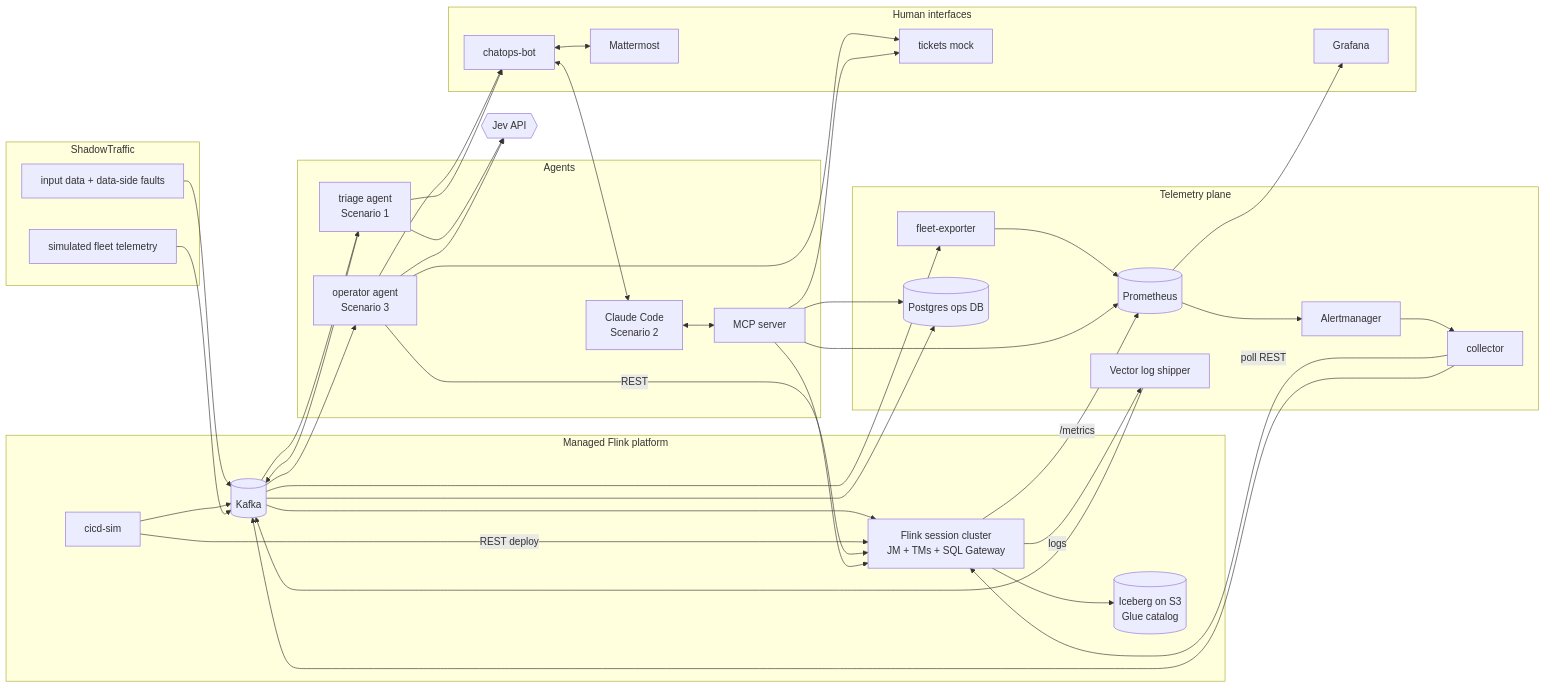
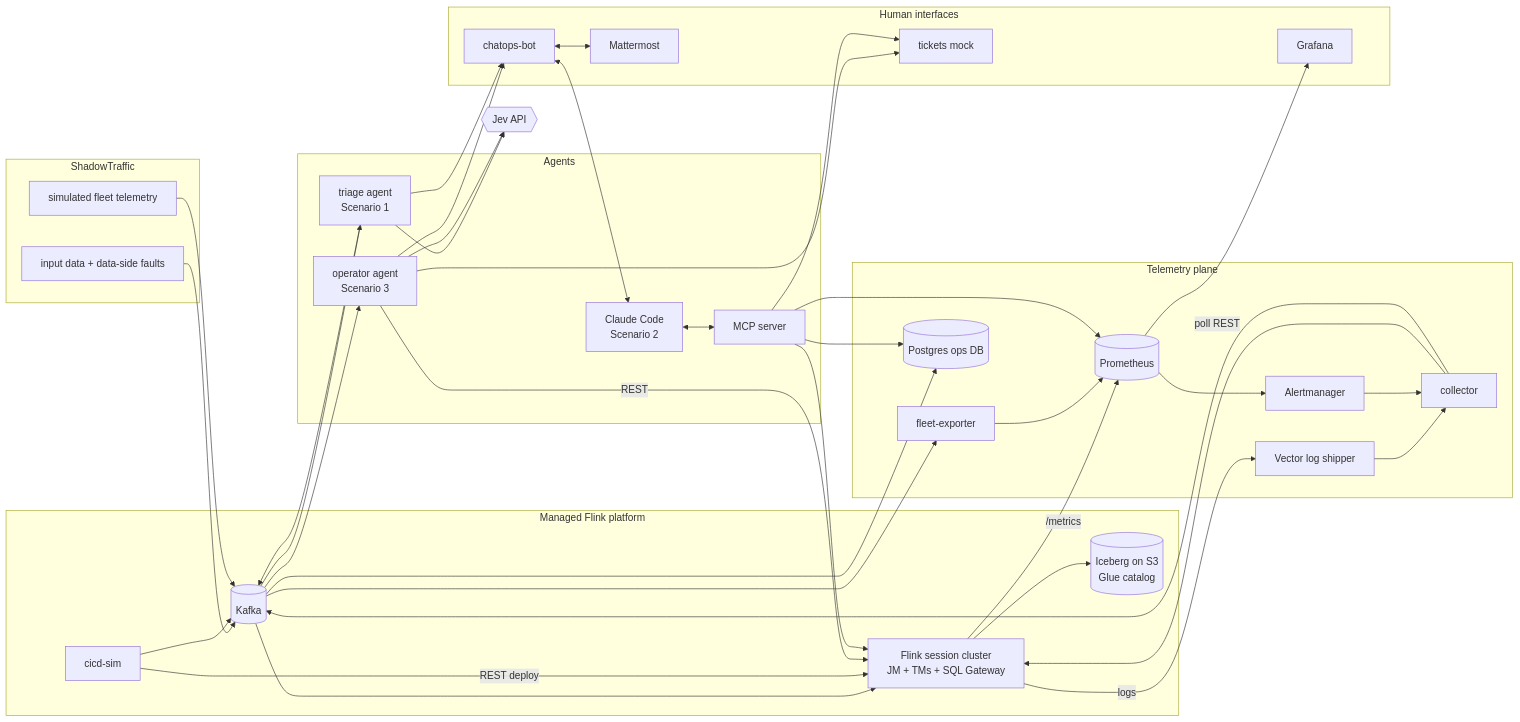
Before and after one commit to bobby/current-2026-san-francisco: the diagram in docs/design.md, drawn with Mermaid. The commit also changed other lines of this file and 49 other files, not shown here.

First line of the commit message:
Add the telemetry plane: schemas, collector, Vector logs, ops DB

````diff
--- a/docs/design.md
+++ b/docs/design.md
@@ -55,65 +55,65 @@
 ```mermaid
 flowchart LR
   subgraph Gen[ShadowTraffic]
     STin[input data + data-side faults]
     STfleet[simulated fleet telemetry]
   end
 
   subgraph Platform[Managed Flink platform]
     K[(Kafka)]
     F[Flink session cluster<br/>JM + TMs + SQL Gateway]
     I[(Iceberg on S3<br/>Glue catalog)]
     CICD[cicd-sim]
   end
 
   subgraph Telemetry[Telemetry plane]
     P[(Prometheus)]
     AM[Alertmanager]
     V[Vector log shipper]
     COL[collector]
     FX[fleet-exporter]
     DB[(Postgres ops DB)]
   end
 
   subgraph Agents
     TRI[triage agent<br/>Scenario 1]
     OPR[operator agent<br/>Scenario 3]
     MCP[MCP server]
     CC[Claude Code<br/>Scenario 2]
   end
 
   subgraph Humans[Human interfaces]
     MM[Mattermost]
     BOT[chatops-bot]
     TIX[tickets mock]
     G[Grafana]
   end
 
   JEV{{Jev API}}
 
   STin --> K --> F --> I
   CICD -->|REST deploy| F
   CICD --> K
   F -->|/metrics| P
-  F -->|logs| V --> K
+  F -->|logs| V --> COL
   COL -->|poll REST| F
   COL --> K
   STfleet --> K
   K --> FX --> P
   P --> AM --> COL
   K --> DB
   K --> TRI --> JEV
   TRI --> K
   K --> OPR --> JEV
   OPR -->|REST| F
   OPR --> TIX
   OPR --> BOT
   TRI --> BOT
   BOT <--> MM
   BOT <--> CC <--> MCP
   MCP --> P
   MCP --> DB
   MCP --> F
   MCP --> TIX
   P --> G
 ```
````
